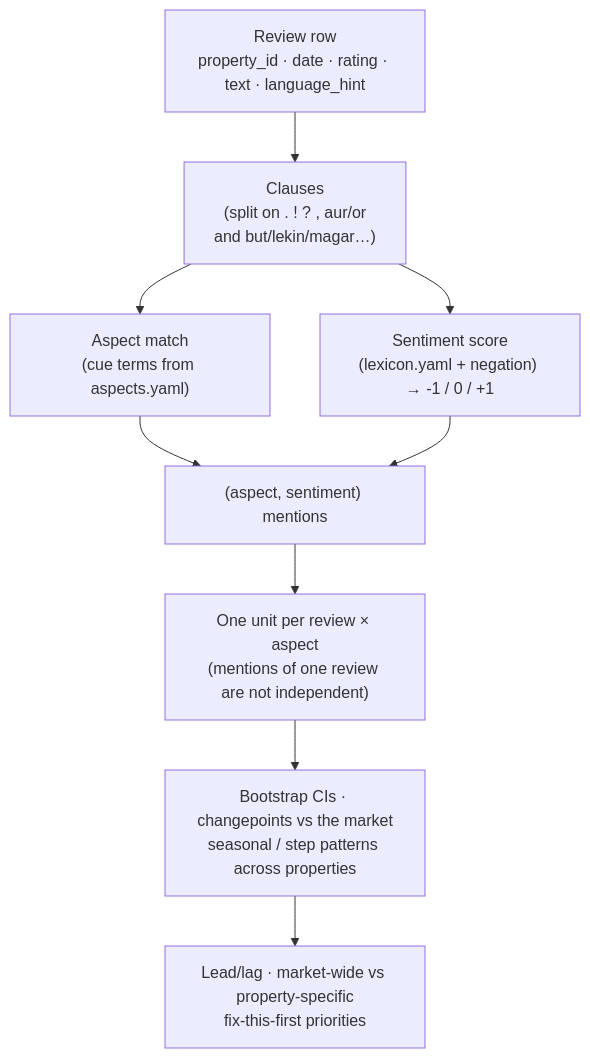
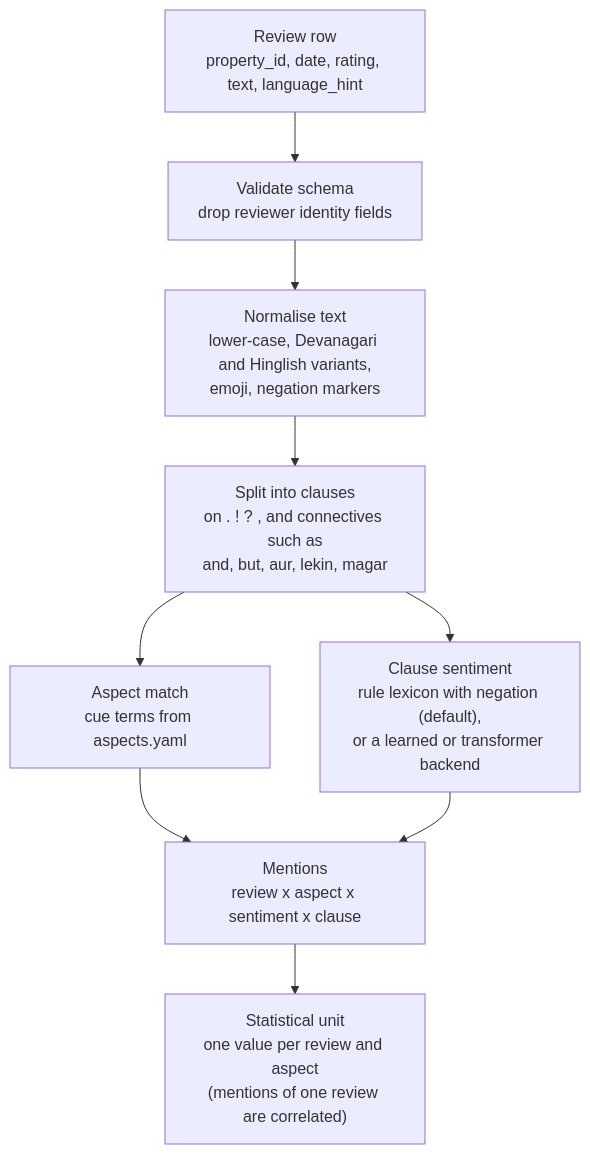
Before and after one commit to AnubhavKiroula/cluster-review-intelligence: the fourth of 14 diagrams in README.md, drawn with Mermaid. The commit also changed other lines of this file, not shown here.

First line of the commit message:
docs(readme): restructure into a professional reference with diagrams

````diff
--- a/README.md
+++ b/README.md
@@ -113,11 +227,11 @@
 ```mermaid
 flowchart TD
-    A["Review row<br/>property_id · date · rating · text · language_hint"] --> B["Clauses<br/>(split on . ! ? , aur/or<br/>and but/lekin/magar…)"]
-    B --> C["Aspect match<br/>(cue terms from aspects.yaml)"]
-    B --> D["Sentiment score<br/>(lexicon.yaml + negation) → -1 / 0 / +1"]
-    C --> E["(aspect, sentiment) mentions"]
-    D --> E
-    E --> F["One unit per review × aspect<br/>(mentions of one review are not independent)"]
-    F --> G["Bootstrap CIs · changepoints vs the market<br/>seasonal / step patterns across properties"]
-    G --> H["Lead/lag · market-wide vs property-specific<br/>fix-this-first priorities"]
+    A["Review row<br/>property_id, date, rating, text, language_hint"] --> B["Validate schema<br/>drop reviewer identity fields"]
+    B --> C["Normalise text<br/>lower-case, Devanagari and Hinglish variants,<br/>emoji, negation markers"]
+    C --> D["Split into clauses<br/>on . ! ? , and connectives such as<br/>and, but, aur, lekin, magar"]
+    D --> E["Aspect match<br/>cue terms from aspects.yaml"]
+    D --> F["Clause sentiment<br/>rule lexicon with negation (default),<br/>or a learned or transformer backend"]
+    E --> G["Mentions<br/>review x aspect x sentiment x clause"]
+    F --> G
+    G --> H["Statistical unit<br/>one value per review and aspect<br/>(mentions of one review are correlated)"]
 ```
````
